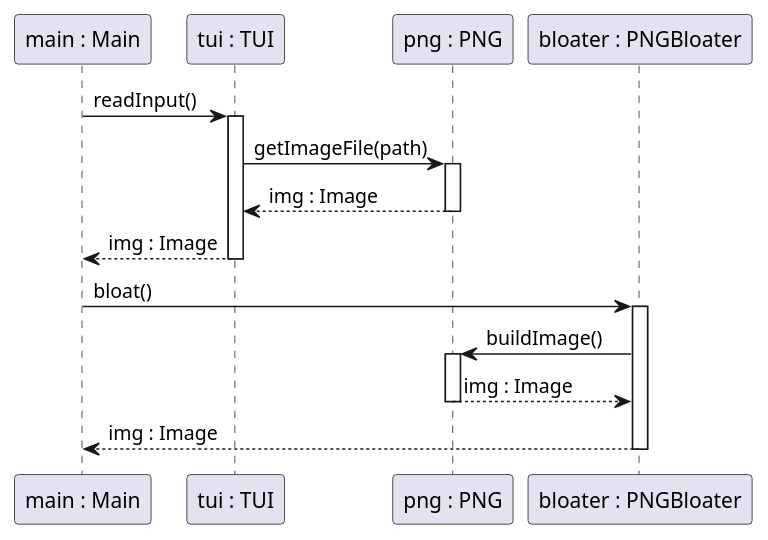
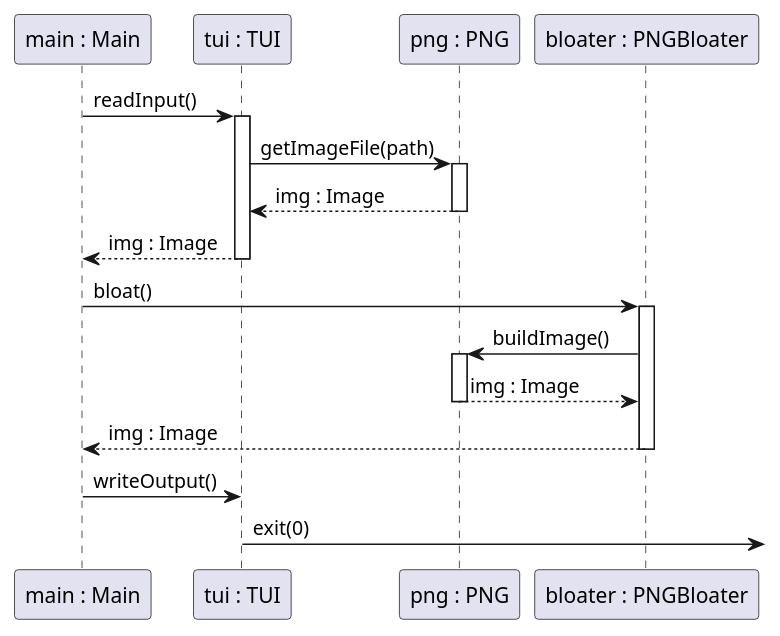
One commit to corhay/PNGBloater changed the diagram in UML/activity.puml. Above: the diagram before and after it, drawn with PlantUML.

Commit message:
add exit process

```diff
--- a/UML/activity.puml
+++ b/UML/activity.puml
@@ -1,27 +1,28 @@
 @startuml
 participant "main : Main" as M
 participant "tui : TUI" as T
 participant "png : PNG" as P
 participant "bloater : PNGBloater" as B
 
 M -> T : readInput()
 activate T
 T -> P : getImageFile(path)
 activate P 
 P --> T : img : Image
 deactivate P
 T --> M : img : Image
 deactivate T
 
 M -> B : bloat()
 activate B
 B -> P : buildImage()
 activate P
 P --> B : img : Image
 deactivate P 
 B --> M : img : Image
 deactivate B
-
+M -> T : writeOutput()
+T ->] : exit(0)
 
 
 @enduml
```
